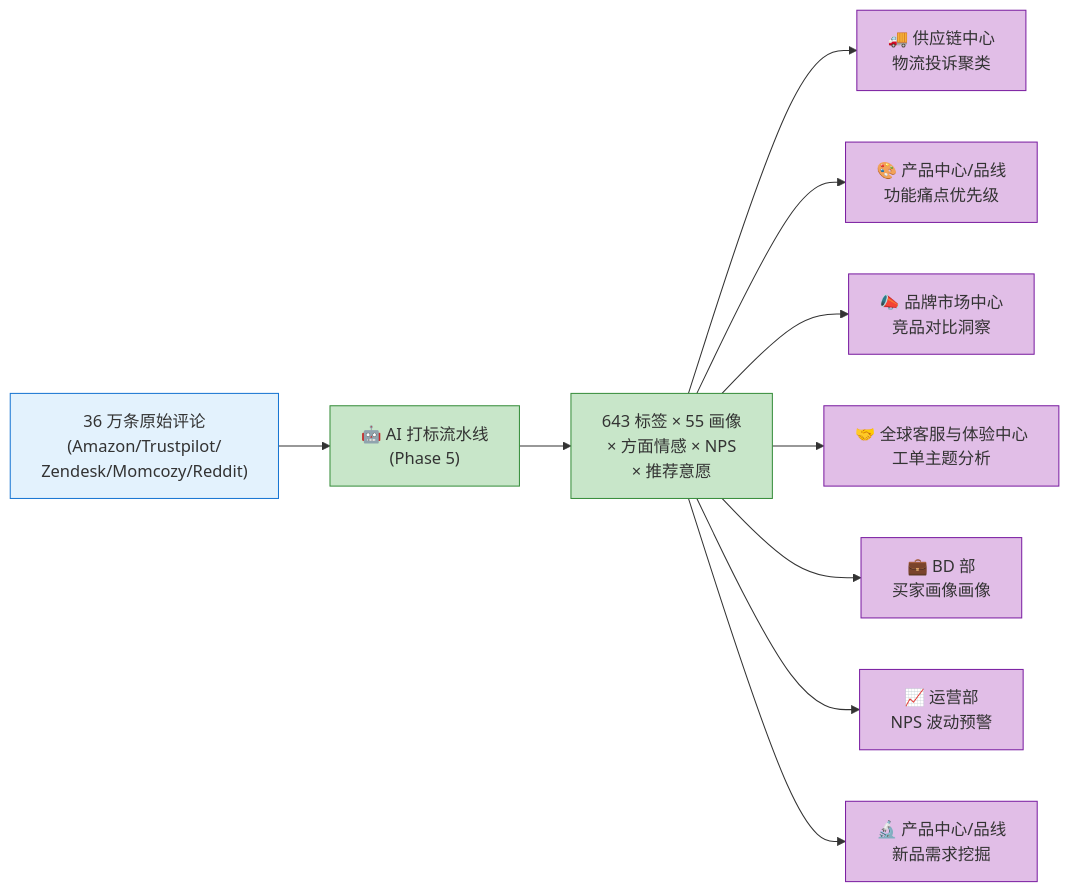
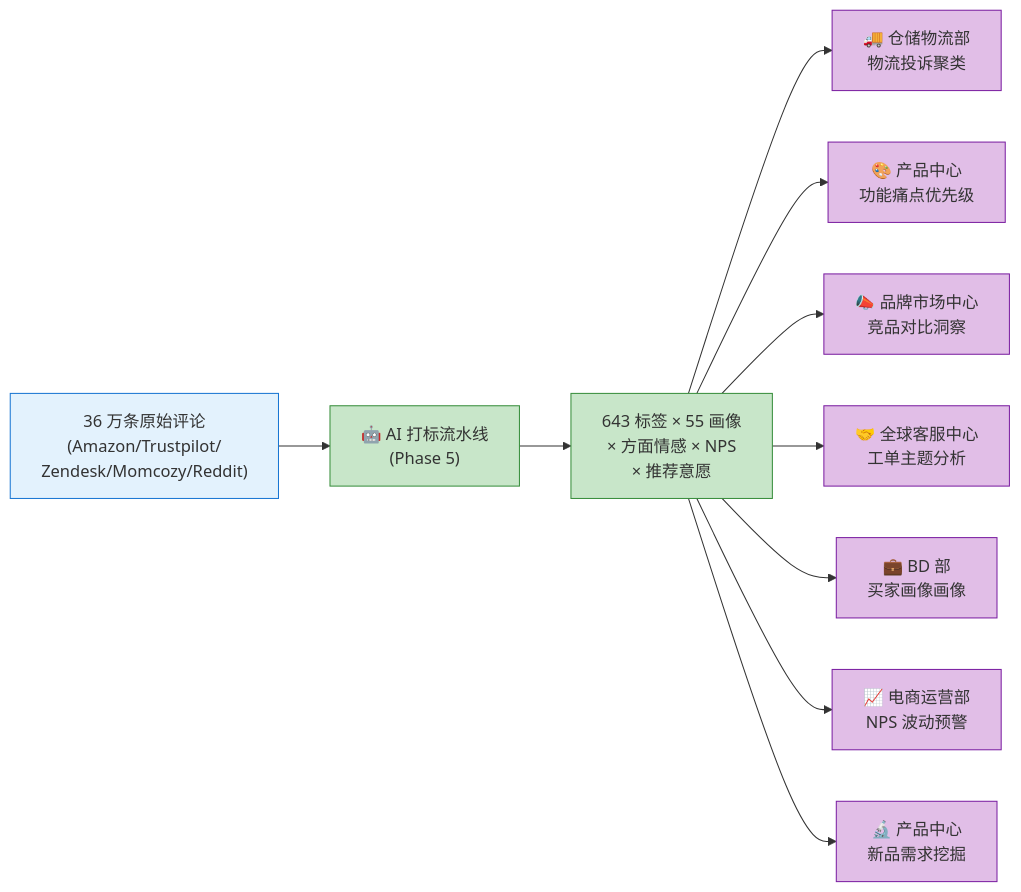
The third of 5 diagrams in paper2skills-vault/07-NLP-VOC/research/01-设计文档/00-Phase5-汇报与复盘/phase5-executive-brief.md (zjgulai/paper_to_skills), drawn with Mermaid before and after one commit. The commit also changed other lines of this file and 50 other files, not shown here.

````diff
--- a/paper2skills-vault/07-NLP-VOC/research/01-设计文档/00-Phase5-汇报与复盘/phase5-executive-brief.md
+++ b/paper2skills-vault/07-NLP-VOC/research/01-设计文档/00-Phase5-汇报与复盘/phase5-executive-brief.md
@@ -465,23 +465,23 @@
 ```mermaid
 flowchart LR
     classDef raw fill:#e3f2fd,stroke:#1976d2
     classDef mid fill:#c8e6c9,stroke:#388e3c
     classDef dept fill:#e1bee7,stroke:#7b1fa2
 
     VOC["36 万条原始评论<br/>(Amazon/Trustpilot/<br/>Zendesk/Momcozy/Reddit)"]:::raw
 
     AI["🤖 AI 打标流水线<br/>(Phase 5)"]:::mid
 
     Tag["643 标签 × 55 画像<br/>× 方面情感 × NPS<br/>× 推荐意愿"]:::mid
 
-    D1["🚚 供应链中心<br/>物流投诉聚类"]:::dept
-    D2["🎨 产品中心/品线<br/>功能痛点优先级"]:::dept
+    D1["🚚 仓储物流部<br/>物流投诉聚类"]:::dept
+    D2["🎨 产品中心<br/>功能痛点优先级"]:::dept
     D3["📣 品牌市场中心<br/>竞品对比洞察"]:::dept
-    D4["🤝 全球客服与体验中心<br/>工单主题分析"]:::dept
+    D4["🤝 全球客服中心<br/>工单主题分析"]:::dept
     D5["💼 BD 部<br/>买家画像画像"]:::dept
-    D6["📈 运营部<br/>NPS 波动预警"]:::dept
-    D7["🔬 产品中心/品线<br/>新品需求挖掘"]:::dept
+    D6["📈 电商运营部<br/>NPS 波动预警"]:::dept
+    D7["🔬 产品中心<br/>新品需求挖掘"]:::dept
 
     VOC --> AI --> Tag
     Tag --> D1 & D2 & D3 & D4 & D5 & D6 & D7
 ```
````
